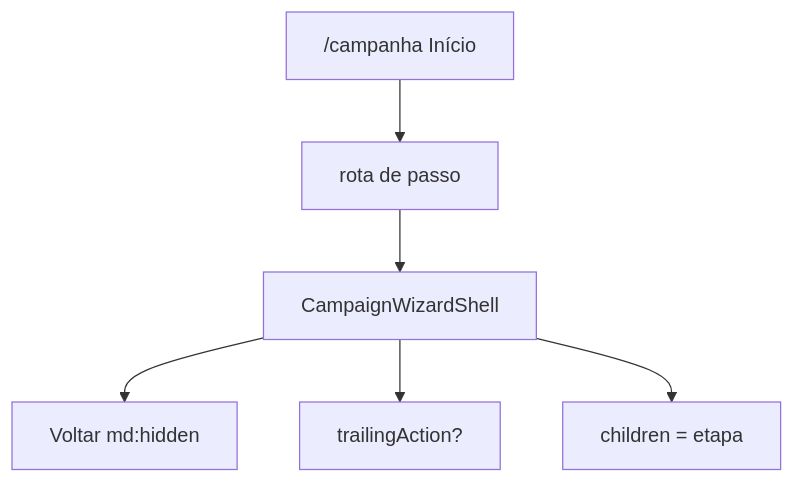
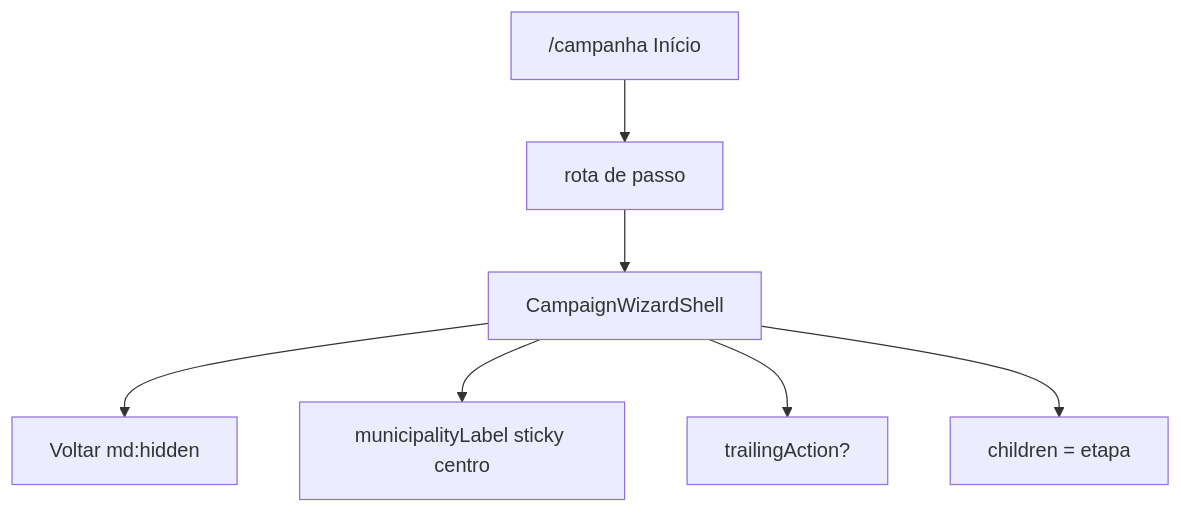
Before and after one commit to fsolla/teqo: the diagram in docs/plans/chassis-wizard-campanha.md, drawn with Mermaid. The commit also changed other lines of this file and 5 other files, not shown here.

First line of the commit message:
docs(roadmap): B66 busca no focus; município sticky no B59

````diff
--- a/docs/plans/chassis-wizard-campanha.md
+++ b/docs/plans/chassis-wizard-campanha.md
@@ -56,8 +58,9 @@
 ```mermaid
 flowchart TB
   Home["/campanha Início"] --> Route["rota de passo"]
   Route --> Shell["CampaignWizardShell"]
   Shell --> Back["Voltar md:hidden"]
+  Shell --> Ctx["municipalityLabel sticky centro"]
   Shell --> Trail["trailingAction?"]
   Shell --> Body["children = etapa"]
 ```
````
